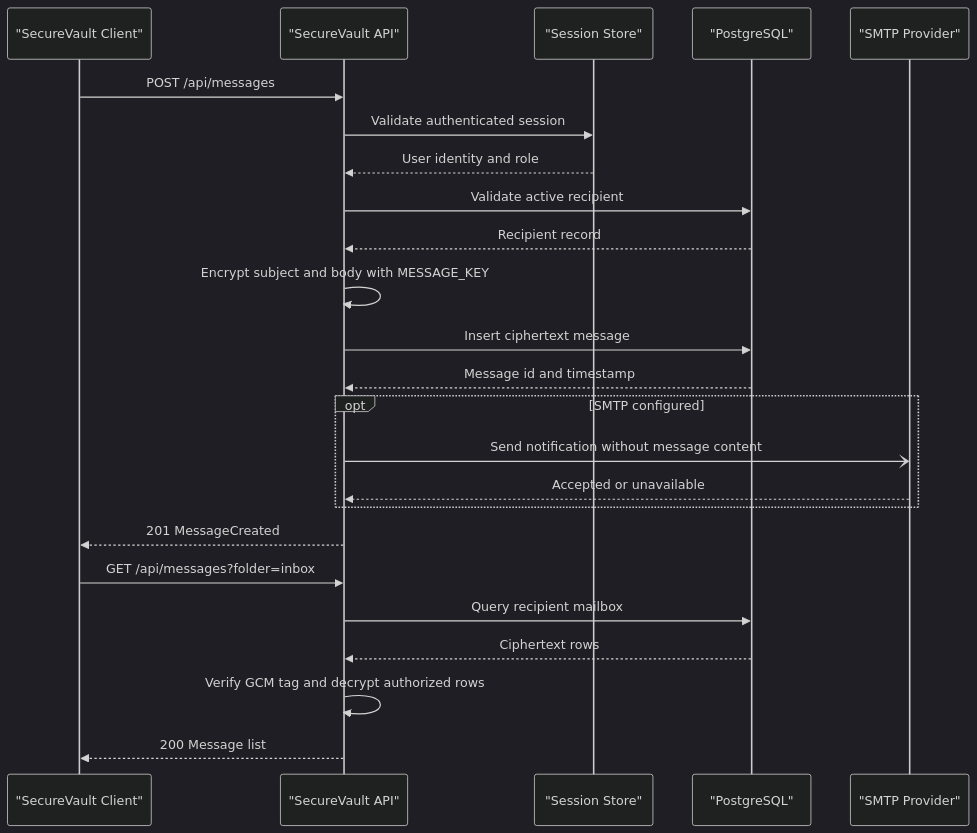
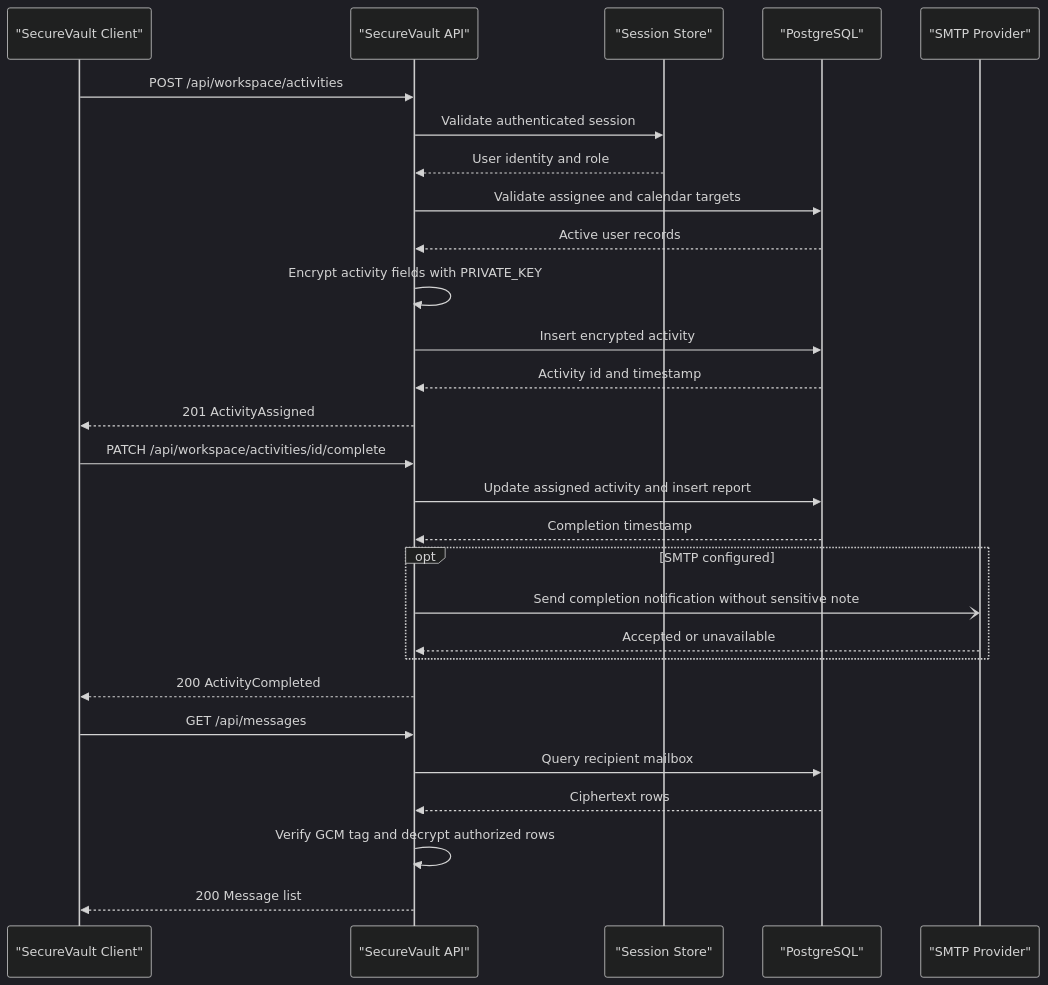
The diagram in .github/modernize/assessment/engines/facts/api-service-contracts.md (aidenm2703/Seguridad), drawn with Mermaid (dark theme) before and after one commit. The commit also changed other lines of this file and 8 other files, not shown here.

Commit message:
feat(workspace): enforce boss activity assignment and encrypted calendars

```diff
--- a/.github/modernize/assessment/engines/facts/api-service-contracts.md
+++ b/.github/modernize/assessment/engines/facts/api-service-contracts.md
@@ -60,27 +64,31 @@
 ~~~mermaid
 sequenceDiagram
     participant Client as "SecureVault Client"
     participant Api as "SecureVault API"
     participant Session as "Session Store"
     participant Database as "PostgreSQL"
     participant Mail as "SMTP Provider"
 
-    Client->>Api: POST /api/messages
+    Client->>Api: POST /api/workspace/activities
     Api->>Session: Validate authenticated session
     Session-->>Api: User identity and role
-    Api->>Database: Validate active recipient
-    Database-->>Api: Recipient record
-    Api->>Api: Encrypt subject and body with MESSAGE_KEY
-    Api->>Database: Insert ciphertext message
-    Database-->>Api: Message id and timestamp
+    Api->>Database: Validate assignee and calendar targets
+    Database-->>Api: Active user records
+    Api->>Api: Encrypt activity fields with PRIVATE_KEY
+    Api->>Database: Insert encrypted activity
+    Database-->>Api: Activity id and timestamp
+    Api-->>Client: 201 ActivityAssigned
+    Client->>Api: PATCH /api/workspace/activities/id/complete
+    Api->>Database: Update assigned activity and insert report
+    Database-->>Api: Completion timestamp
     opt SMTP configured
-        Api-)Mail: Send notification without message content
+        Api-)Mail: Send completion notification without sensitive note
         Mail-->>Api: Accepted or unavailable
     end
-    Api-->>Client: 201 MessageCreated
-    Client->>Api: GET /api/messages?folder=inbox
+    Api-->>Client: 200 ActivityCompleted
+    Client->>Api: GET /api/messages
     Api->>Database: Query recipient mailbox
     Database-->>Api: Ciphertext rows
     Api->>Api: Verify GCM tag and decrypt authorized rows
     Api-->>Client: 200 Message list
 ~~~
```
